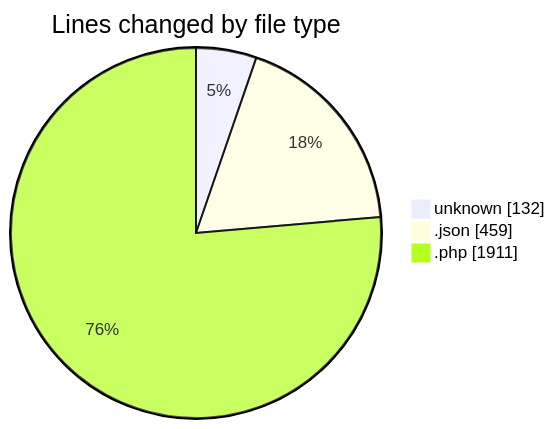
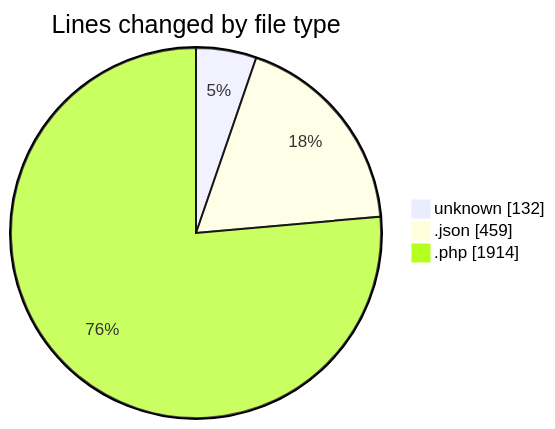
The first of 2 diagrams in 2025-03-26/autodidak/README.md (idhammustaqopulfikri/code-tracking), drawn with Mermaid before and after one commit. The commit also changed other lines of this file and 1 other file, not shown here.

````diff
--- a/2025-03-26/autodidak/README.md
+++ b/2025-03-26/autodidak/README.md
@@ -32,7 +32,7 @@
 ```mermaid
 pie showData
 title Lines changed by file type
 "unknown" : 132
 ".json" : 459
-".php" : 1911
+".php" : 1914
 ```
````
